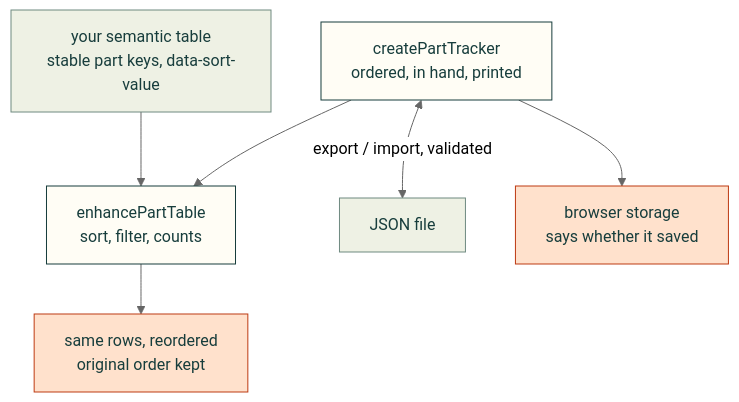
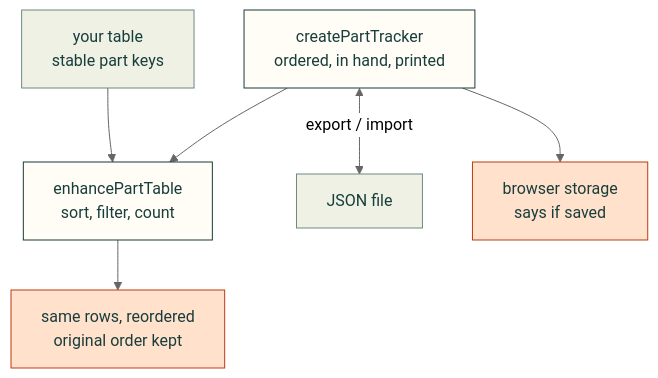
Before and after one commit to Valpatel/cad-agent: the diagram in docs/web-parts.md, drawn with Mermaid (neutral theme). The commit also changed 5 other files, not shown here.

Commit message:
Docs: diagrams fit the 650 px column at 1100 px wide

````diff
--- a/docs/web-parts.md
+++ b/docs/web-parts.md
@@ -15,14 +15,14 @@
 ```mermaid
 flowchart TD
-    T["your semantic table<br/>stable part keys, data-sort-value"] --> E["enhancePartTable<br/>sort, filter, counts"]
+    T["your table<br/>stable part keys"] --> E["enhancePartTable<br/>sort, filter, count"]
     Tr["createPartTracker<br/>ordered, in hand, printed"] --> E
     E --> V["same rows, reordered<br/>original order kept"]
-    Tr <-->|"export / import, validated"| J["JSON file"]
-    Tr --> LS["browser storage<br/>says whether it saved"]
+    Tr <-->|"export / import"| J["JSON file"]
+    Tr --> LS["browser storage<br/>says if saved"]
     classDef here fill:#fffdf5,stroke:#173d3c,color:#173d3c
     classDef near fill:#eef1e4,stroke:#6f8a80,color:#173d3c
     classDef out fill:#ffe1cc,stroke:#bd3a12,color:#173d3c
     class E,Tr here
     class T,J near
     class V,LS out
 ```
````
